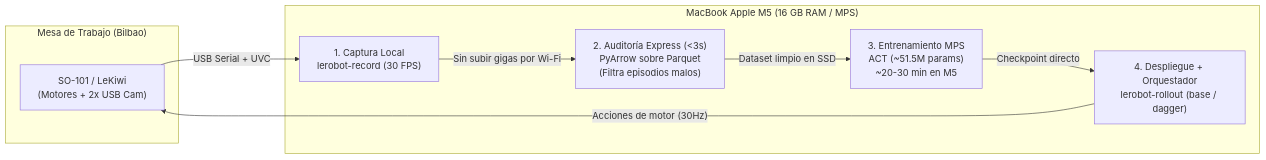
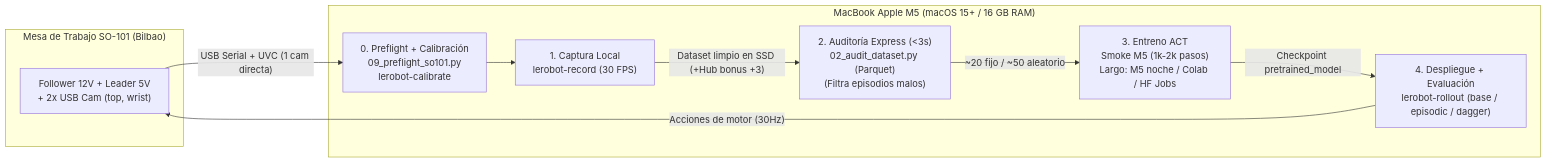
Before and after one commit to IdhamSdmc/physicalai-hack-lab: the diagram in PLAN_MAESTRO_HACKATHON.md, drawn with Mermaid. The commit also changed other lines of this file and 18 other files, not shown here.

````diff
--- a/PLAN_MAESTRO_HACKATHON.md
+++ b/PLAN_MAESTRO_HACKATHON.md
@@ -11,19 +12,21 @@
 ```mermaid
 flowchart LR
-    subgraph Hardware ["Mesa de Trabajo (Bilbao)"]
-        A["SO-101 / LeKiwi\n(Motores + 2x USB Cam)"]
+    subgraph Hardware ["Mesa de Trabajo SO-101 (Bilbao)"]
+        A["Follower 12V + Leader 5V\n+ 2x USB Cam (top, wrist)"]
     end
 
-    subgraph MacM5 ["MacBook Apple M5 (16 GB RAM / MPS)"]
-        B["1. Captura Local\nlerobot-record (30 FPS)"]
-        C["2. Auditoría Express (<3s)\nPyArrow sobre Parquet\n(Filtra episodios malos)"]
-        D["3. Entrenamiento MPS\nACT (~51.5M params)\n~20-30 min en M5"]
-        E["4. Despliegue + Orquestador\nlerobot-rollout (base / dagger)"]
+    subgraph MacM5 ["MacBook Apple M5 (macOS 15+ / 16 GB RAM)"]
+        B["0. Preflight + Calibración\n09_preflight_so101.py\nlerobot-calibrate"]
+        C["1. Captura Local\nlerobot-record (30 FPS)"]
+        D["2. Auditoría Express (<3s)\n02_audit_dataset.py (Parquet)\n(Filtra episodios malos)"]
+        E["3. Entreno ACT\nSmoke M5 (1k-2k pasos)\nLargo: M5 noche / Colab / HF Jobs"]
+        F["4. Despliegue + Evaluación\nlerobot-rollout (base / episodic / dagger)"]
     end
 
-    A -->|"USB Serial + UVC"| B
-    B -->|"Sin subir gigas por Wi-Fi"| C
-    C -->|"Dataset limpio en SSD"| D
-    D -->|"Checkpoint directo"| E
-    E -->|"Acciones de motor (30Hz)"| A
+    A -->|"USB Serial + UVC (1 cam directa)"| B
+    B --> C
+    C -->|"Dataset limpio en SSD (+Hub bonus +3)"| D
+    D -->|"~20 fijo / ~50 aleatorio"| E
+    E -->|"Checkpoint pretrained_model"| F
+    F -->|"Acciones de motor (30Hz)"| A
 ```
````
